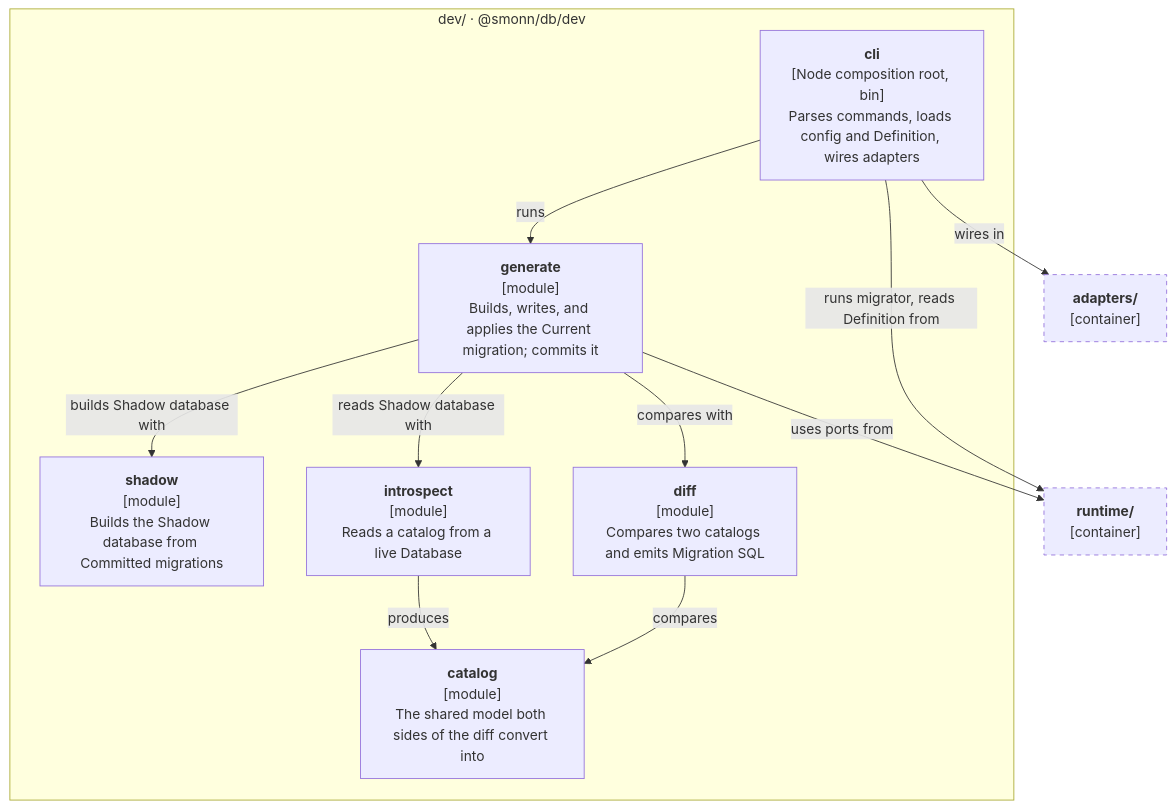
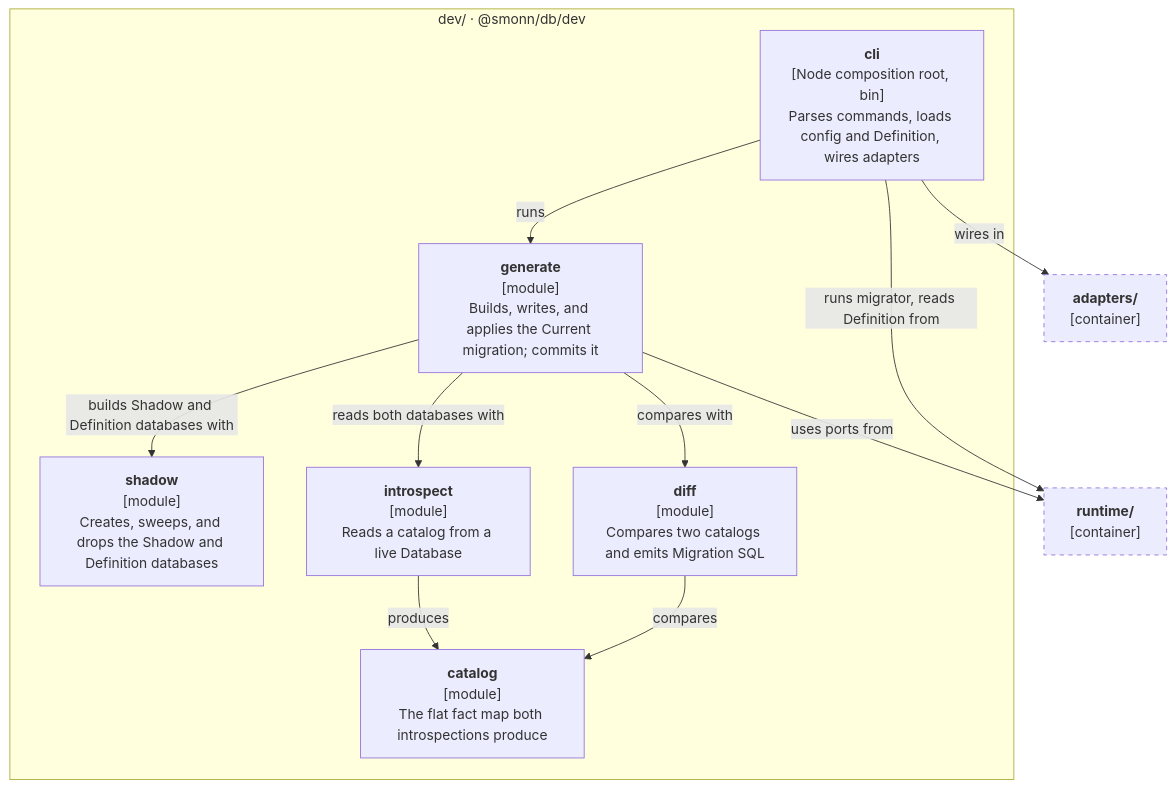
One commit to smonn/db changed the fourth of 5 diagrams in docs/architecture.md. Above: the diagram before and after it, drawn with Mermaid. The commit also changed other lines of this file and 2 other files, not shown here.

Commit message:
docs(adr): diff two introspected databases and record the v0.1 diff engine

````diff
--- a/docs/architecture.md
+++ b/docs/architecture.md
@@ -86,27 +86,27 @@
 ```mermaid
 flowchart TB
   subgraph dev["dev/ · @smonn/db/dev"]
     cli["<b>cli</b><br/>[Node composition root, bin]<br/>Parses commands, loads config and Definition, wires adapters"]
     generate["<b>generate</b><br/>[module]<br/>Builds, writes, and applies the Current migration; commits it"]
-    shadow["<b>shadow</b><br/>[module]<br/>Builds the Shadow database from Committed migrations"]
+    shadow["<b>shadow</b><br/>[module]<br/>Creates, sweeps, and drops the Shadow and Definition databases"]
     introspect["<b>introspect</b><br/>[module]<br/>Reads a catalog from a live Database"]
     diff["<b>diff</b><br/>[module]<br/>Compares two catalogs and emits Migration SQL"]
-    catalog["<b>catalog</b><br/>[module]<br/>The shared model both sides of the diff convert into"]
+    catalog["<b>catalog</b><br/>[module]<br/>The flat fact map both introspections produce"]
   end
 
   runtime["<b>runtime/</b><br/>[container]"]
   adapters["<b>adapters/</b><br/>[container]"]
 
   cli -- "runs" --> generate
-  generate -- "builds Shadow database with" --> shadow
-  generate -- "reads Shadow database with" --> introspect
+  generate -- "builds Shadow and Definition databases with" --> shadow
+  generate -- "reads both databases with" --> introspect
   generate -- "compares with" --> diff
   introspect -- "produces" --> catalog
   diff -- "compares" --> catalog
   cli -- "runs migrator, reads Definition from" --> runtime
   generate -- "uses ports from" --> runtime
   cli -- "wires in" --> adapters
 
   classDef external stroke-dasharray: 5 5
   class runtime,adapters external
 ```
````
